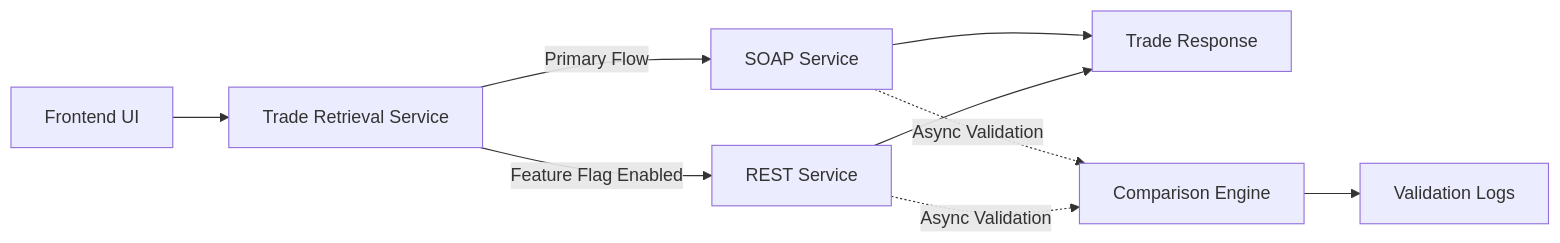
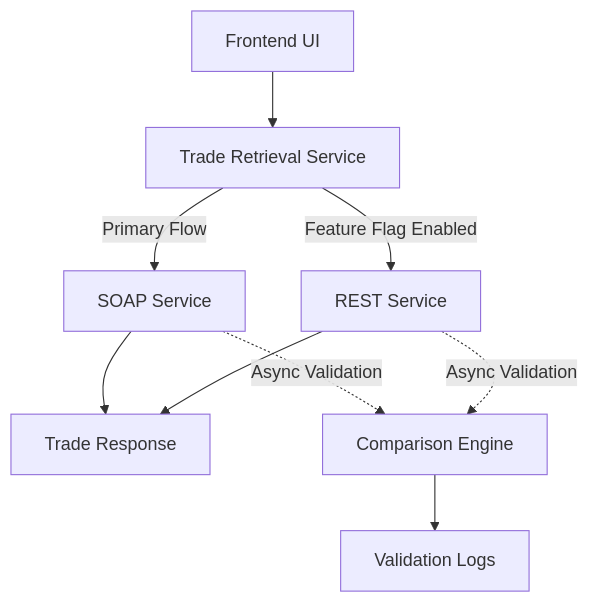
One commit to abhish3kk/abhish3kk.in changed the diagram in content/case-studies/soap-to-rest-modernization.mdx. Above: the diagram before and after it, drawn with Mermaid.

Commit message:
use TB for mermaid due to widht constraints

````diff
--- a/content/case-studies/soap-to-rest-modernization.mdx
+++ b/content/case-studies/soap-to-rest-modernization.mdx
@@ -96,15 +96,15 @@
 ```mermaid
-flowchart LR
+flowchart TB
     UI[Frontend UI] --> API[Trade Retrieval Service]
 
     API -->|Primary Flow| SOAP[SOAP Service]
     API -->|Feature Flag Enabled| REST[REST Service]
 
     SOAP --> RESPONSE[Trade Response]
     REST --> RESPONSE
 
     SOAP -. Async Validation .-> COMPARE[Comparison Engine]
     REST -. Async Validation .-> COMPARE
 
     COMPARE --> LOGS[Validation Logs]
 ```
````
